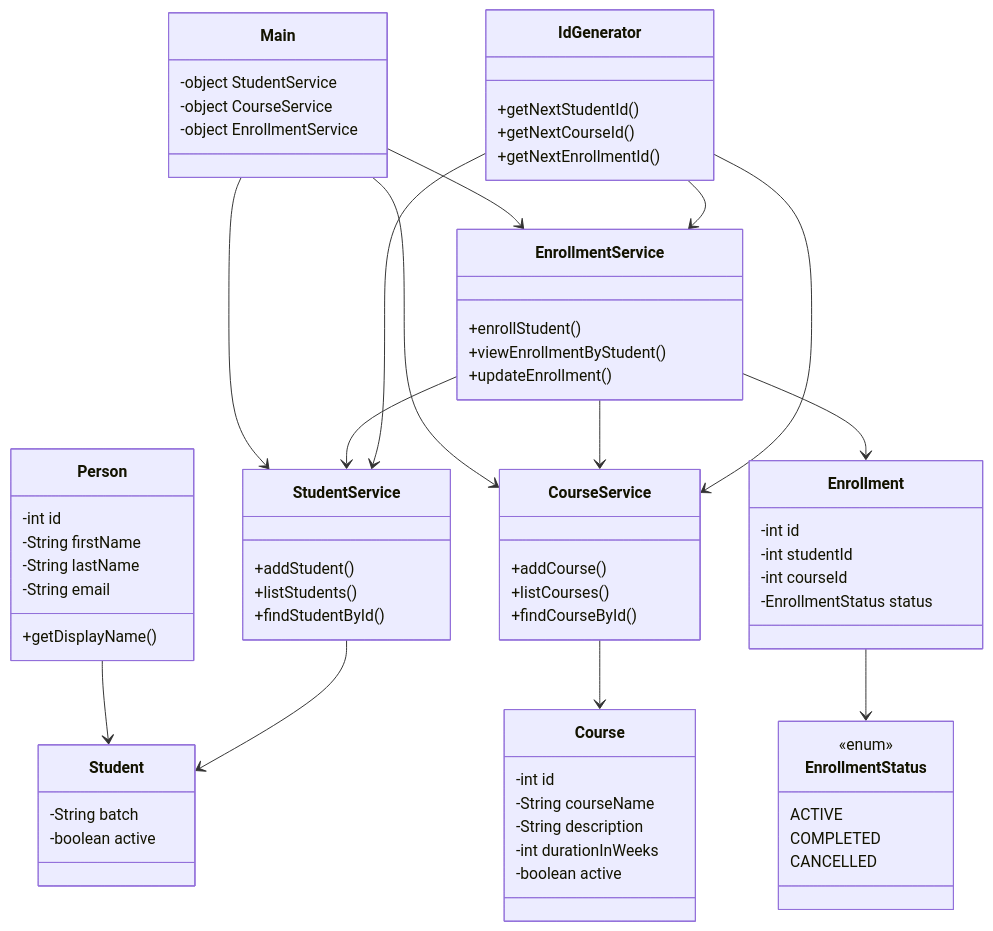
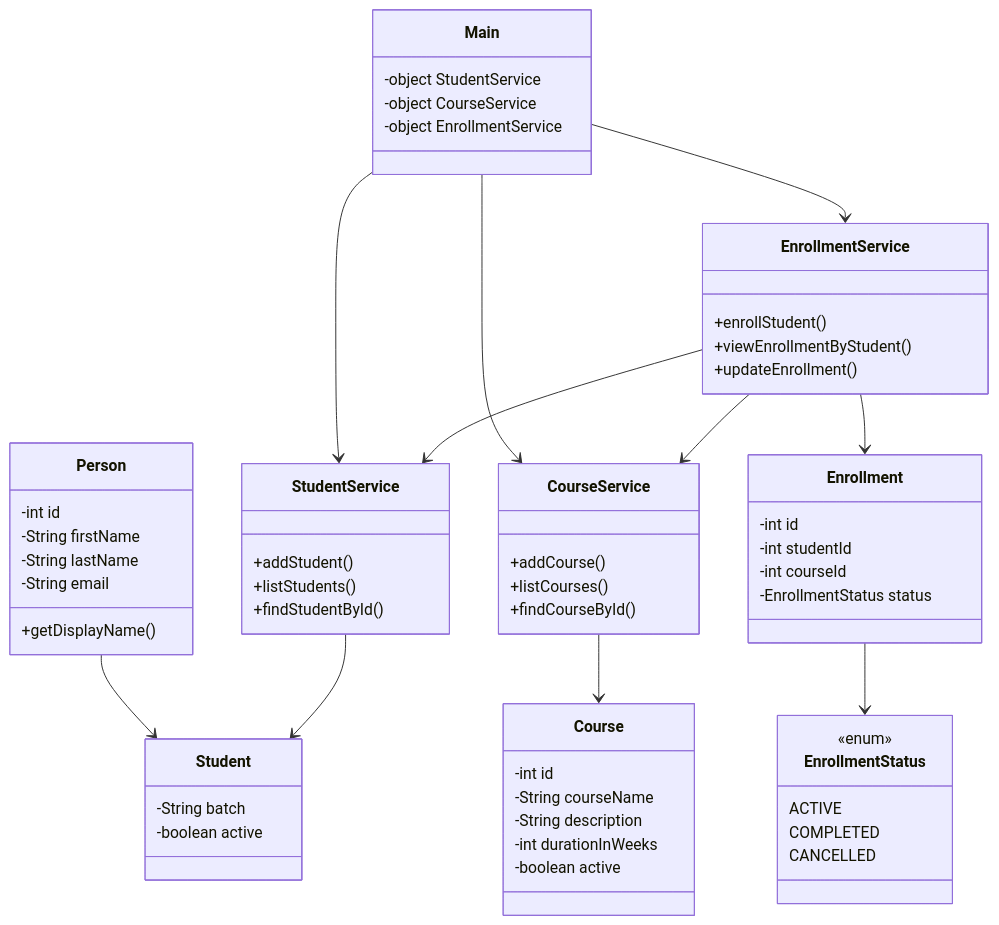
The diagram in README.md (lokesh95SDE/Student-Course-Management-System), drawn with Mermaid before and after one commit.

Commit message:
Student Course Management System (Implementation completed)

````diff
--- a/README.md
+++ b/README.md
@@ -60,82 +60,75 @@
 ```mermaid
 classDiagram
 
 class Main{
     -object StudentService
     -object CourseService
     -object EnrollmentService
  }
  
 class Person {
   -int id
   -String firstName
   -String lastName
   -String email
   +getDisplayName()
 }
 
 class Student {
   -String batch
   -boolean active
 }
 
 class Course {
   -int id
   -String courseName
   -String description
   -int durationInWeeks
   -boolean active
 }
 
 class Enrollment {
   -int id
   -int studentId
   -int courseId
   -EnrollmentStatus status
 }
 
 class StudentService {
   +addStudent()
   +listStudents()
   +findStudentById()
 }
 
 class CourseService {
   +addCourse()
   +listCourses()
   +findCourseById()
 }
 
 class EnrollmentService {
   +enrollStudent()
   +viewEnrollmentByStudent()
   +updateEnrollment()
 }
 
-class IdGenerator {
-  +getNextStudentId()
-  +getNextCourseId()
-  +getNextEnrollmentId()
-}
 
 class EnrollmentStatus {
   <<enum>>
   ACTIVE
   COMPLETED
   CANCELLED
 }
 
 Main -->StudentService
 Main -->CourseService
 Main -->EnrollmentService
 Person --> Student
 StudentService --> Student
 CourseService --> Course
 EnrollmentService --> Enrollment
 EnrollmentService --> StudentService
 EnrollmentService --> CourseService
 Enrollment --> EnrollmentStatus
-IdGenerator -->StudentService
-IdGenerator -->CourseService
-IdGenerator -->EnrollmentService
+
 ```
````
